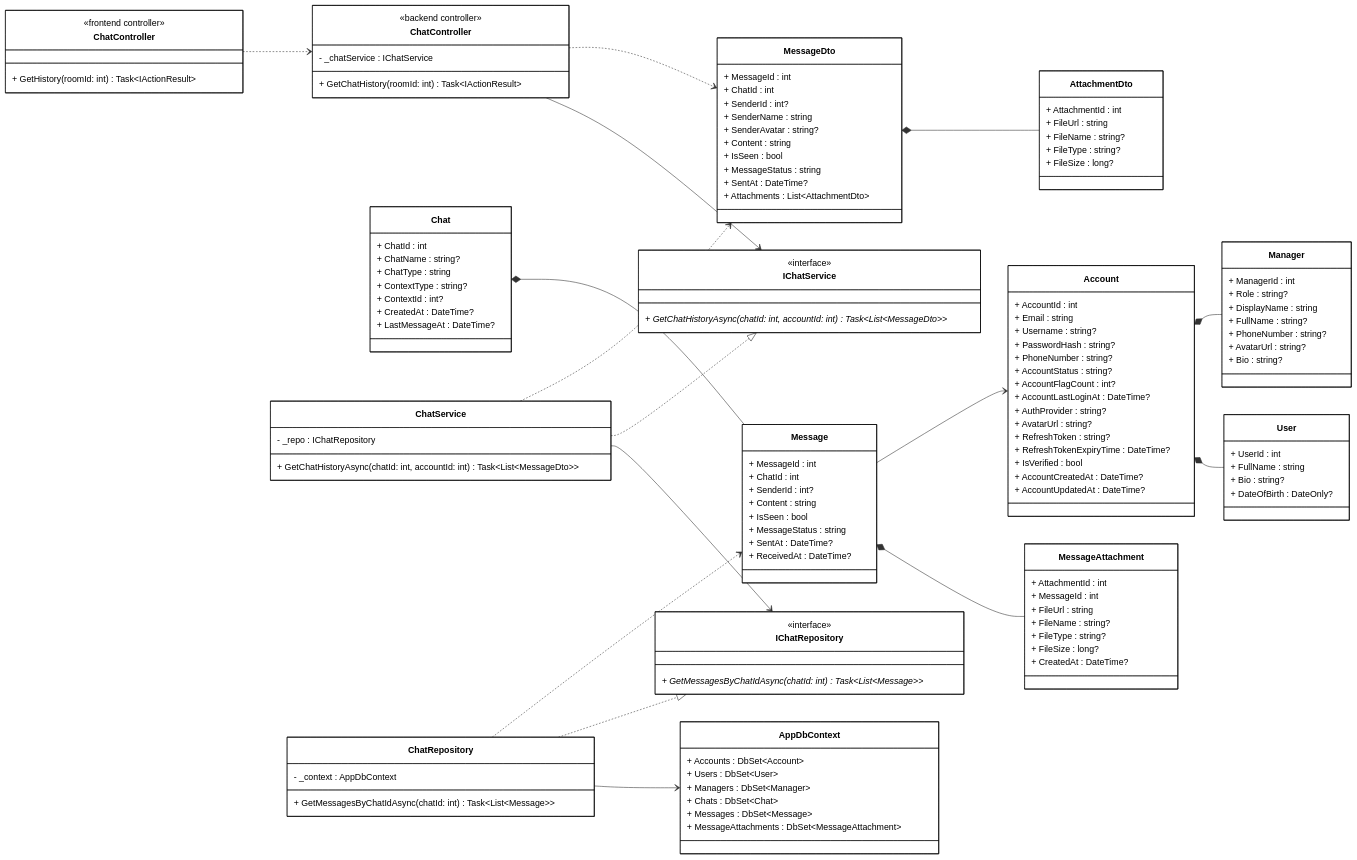
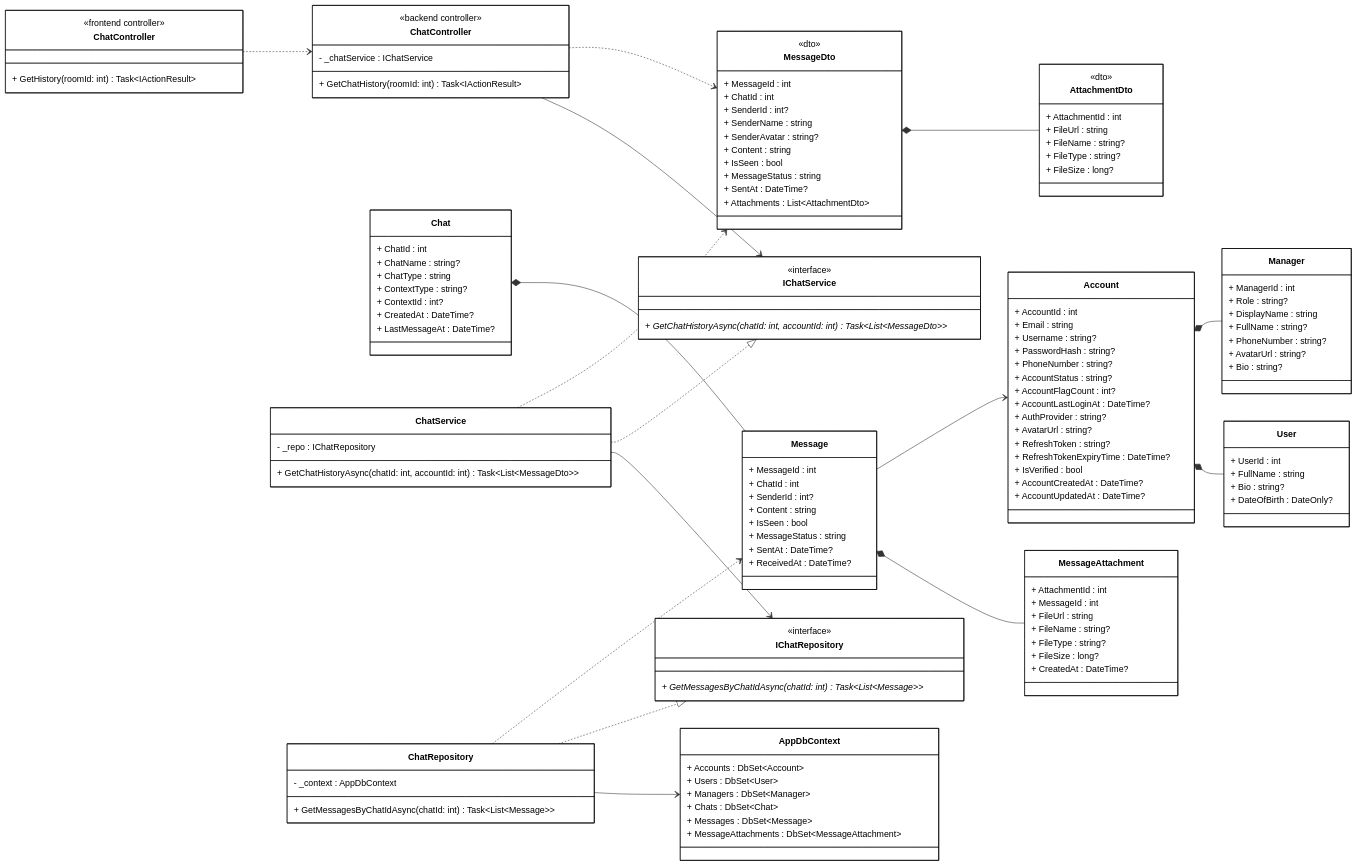
The diagram in diagrams/class_mermaid/manage_chat/cls_mm_view_chat_history.mmd (1000do/Linked), drawn with Mermaid before and after one commit. The commit also changed 29 other files, not shown here.

Commit message:
docs: add comprehensive mermaid class diagrams for core system features and update admin layout view

```diff
--- a/diagrams/class_mermaid/manage_chat/cls_mm_view_chat_history.mmd
+++ b/diagrams/class_mermaid/manage_chat/cls_mm_view_chat_history.mmd
@@ -1,176 +1,178 @@
 classDiagram
 direction LR
 
 %% ==================== FRONTEND ====================
 
 class FrontendController["ChatController"] {
     <<frontend controller>>
     + GetHistory(roomId: int) Task~IActionResult~
 }
 
 %% ==================== BACKEND - CONTROLLER ====================
 
 class BackendController["ChatController"] {
     <<backend controller>>
     - _chatService : IChatService
     + GetChatHistory(roomId: int) Task~IActionResult~
 }
 
 %% ==================== BACKEND - DTOs ====================
 
 class MessageDto {
+    <<dto>>
     + MessageId : int
     + ChatId : int
     + SenderId : int?
     + SenderName : string
     + SenderAvatar : string?
     + Content : string
     + IsSeen : bool
     + MessageStatus : string
     + SentAt : DateTime?
     + Attachments : List~AttachmentDto~
 }
 
 class AttachmentDto {
+    <<dto>>
     + AttachmentId : int
     + FileUrl : string
     + FileName : string?
     + FileType : string?
     + FileSize : long?
 }
 
 %% ==================== BACKEND - DOMAIN ENTITIES ====================
 
 class Chat {
     + ChatId : int
     + ChatName : string?
     + ChatType : string
     + ContextType : string?
     + ContextId : int?
     + CreatedAt : DateTime?
     + LastMessageAt : DateTime?
 }
 
 class Message {
     + MessageId : int
     + ChatId : int
     + SenderId : int?
     + Content : string
     + IsSeen : bool
     + MessageStatus : string
     + SentAt : DateTime?
     + ReceivedAt : DateTime?
 }
 
 class MessageAttachment {
     + AttachmentId : int
     + MessageId : int
     + FileUrl : string
     + FileName : string?
     + FileType : string?
     + FileSize : long?
     + CreatedAt : DateTime?
 }
 
 class Account {
     + AccountId : int
     + Email : string
     + Username : string?
     + PasswordHash : string?
     + PhoneNumber : string?
     + AccountStatus : string?
     + AccountFlagCount : int?
     + AccountLastLoginAt : DateTime?
     + AuthProvider : string?
     + AvatarUrl : string?
     + RefreshToken : string?
     + RefreshTokenExpiryTime : DateTime?
     + IsVerified : bool
     + AccountCreatedAt : DateTime?
     + AccountUpdatedAt : DateTime?
 }
 
 class User {
     + UserId : int
     + FullName : string
     + Bio : string?
     + DateOfBirth : DateOnly?
 }
 
 class Manager {
     + ManagerId : int
     + Role : string?
     + DisplayName : string
     + FullName : string?
     + PhoneNumber : string?
     + AvatarUrl : string?
     + Bio : string?
 }
 
 %% ==================== BACKEND - SERVICE INTERFACES ====================
 
 class IChatService {
     <<interface>>
     + GetChatHistoryAsync(chatId: int, accountId: int) Task~List~MessageDto~~ *
 }
 
 %% ==================== BACKEND - REPOSITORY INTERFACES ====================
 
 class IChatRepository {
     <<interface>>
     + GetMessagesByChatIdAsync(chatId: int) Task~List~Message~~ *
 }
 
 %% ==================== BACKEND - SERVICE IMPLEMENTATION ====================
 
 class ChatService {
     - _repo : IChatRepository
     + GetChatHistoryAsync(chatId: int, accountId: int) Task~List~MessageDto~~
 }
 
 %% ==================== BACKEND - REPOSITORY IMPLEMENTATION ====================
 
 class ChatRepository {
     - _context : AppDbContext
     + GetMessagesByChatIdAsync(chatId: int) Task~List~Message~~
 }
 
 %% ==================== BACKEND - DbContext ====================
 
 class AppDbContext {
     + Accounts : DbSet~Account~
     + Users : DbSet~User~
     + Managers : DbSet~Manager~
     + Chats : DbSet~Chat~
     + Messages : DbSet~Message~
     + MessageAttachments : DbSet~MessageAttachment~
 }
 
 %% ==================== RELATIONSHIPS ====================
 
-%% === COMPOSITION ===
+%% === COMPOSITION (filled diamond) ===
 Account *-- User
 Account *-- Manager
 Chat *-- Message
 Message *-- MessageAttachment
 MessageDto *-- AttachmentDto
 
-%% === UNIDIRECTIONAL ASSOCIATION ===
+%% === UNIDIRECTIONAL ASSOCIATION (solid arrow) ===
 Message --> Account
 BackendController --> IChatService
 ChatService --> IChatRepository
 ChatRepository --> AppDbContext
 
 %% === INTERFACE REALIZATION ===
 ChatService ..|> IChatService
 ChatRepository ..|> IChatRepository
 
-%% === DEPENDENCY ===
+%% === DEPENDENCY (dashed arrows) ===
 FrontendController ..> BackendController
 BackendController ..> MessageDto
 ChatService ..> MessageDto
 ChatRepository ..> Message
 
 %% ==================== STYLES ====================
 
 classDef default fill:#FFFFFF,stroke:#000000,stroke-width:1px,color:#000000
```
